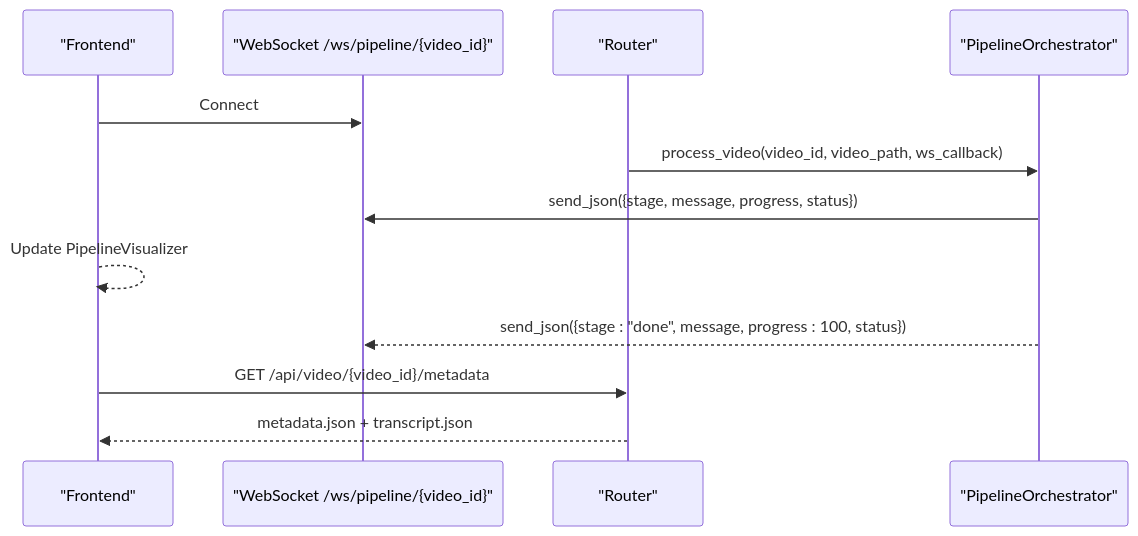
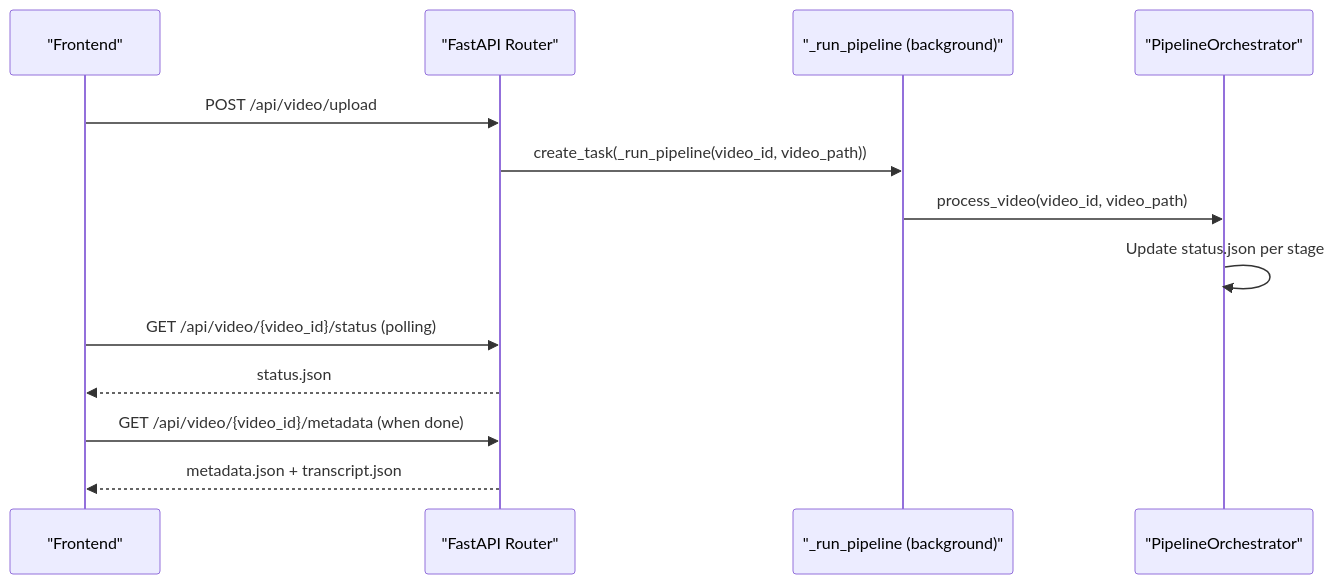
The fourth of 5 diagrams in .qoder/repowiki/en/content/Media Processing Pipeline/Media Processing Pipeline.md (alexandreybasta-cyber/dubai-media-ai), drawn with Mermaid before and after one commit. The commit also changed other lines of this file and 19 other files, not shown here.

````diff
--- a/.qoder/repowiki/en/content/Media Processing Pipeline/Media Processing Pipeline.md
+++ b/.qoder/repowiki/en/content/Media Processing Pipeline/Media Processing Pipeline.md
@@ -347,14 +360,15 @@
 ```mermaid
 sequenceDiagram
 participant FE as "Frontend"
-participant WS as "WebSocket /ws/pipeline/{video_id}"
-participant API as "Router"
+participant API as "FastAPI Router"
+participant TASK as "_run_pipeline (background)"
 participant ORCH as "PipelineOrchestrator"
-FE->>WS : Connect
-API->>ORCH : process_video(video_id, video_path, ws_callback)
-ORCH->>WS : send_json({stage, message, progress, status})
-FE-->>FE : Update PipelineVisualizer
-ORCH-->>WS : send_json({stage : "done", message, progress : 100, status})
-FE->>API : GET /api/video/{video_id}/metadata
+FE->>API : POST /api/video/upload
+API->>TASK : create_task(_run_pipeline(video_id, video_path))
+TASK->>ORCH : process_video(video_id, video_path)
+ORCH->>ORCH : Update status.json per stage
+FE->>API : GET /api/video/{video_id}/status (polling)
+API-->>FE : status.json
+FE->>API : GET /api/video/{video_id}/metadata (when done)
 API-->>FE : metadata.json + transcript.json
 ```
````
